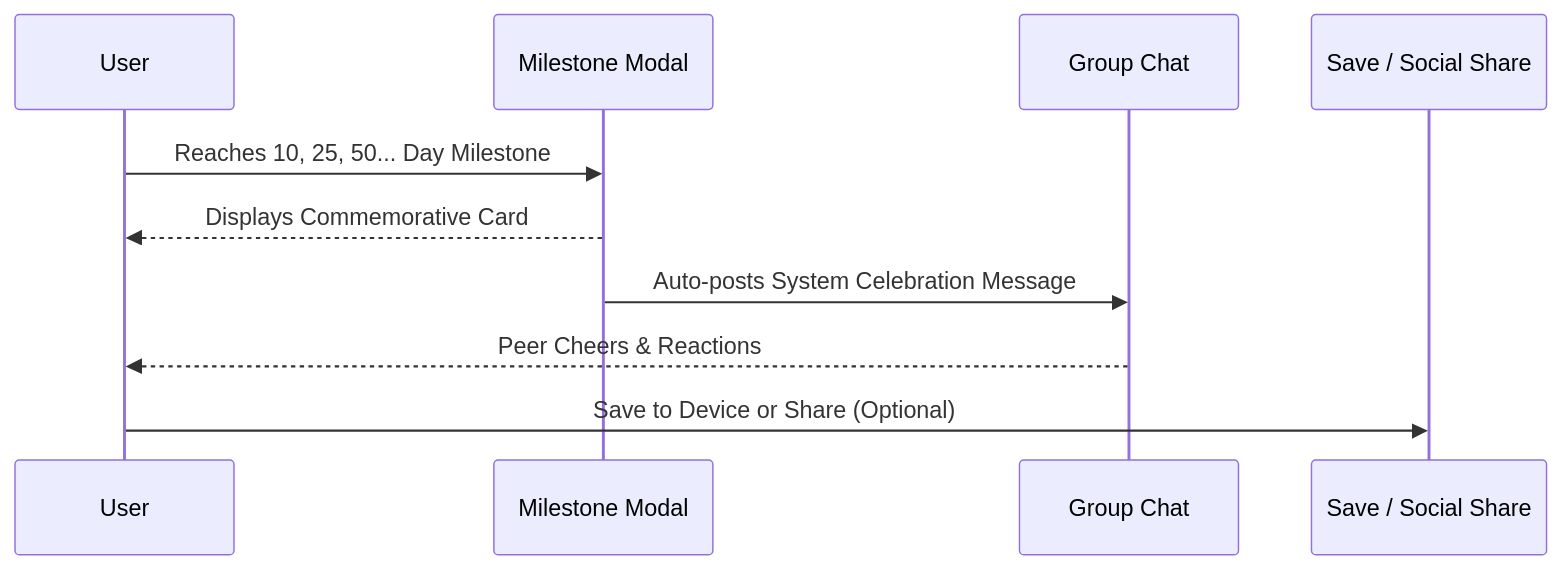
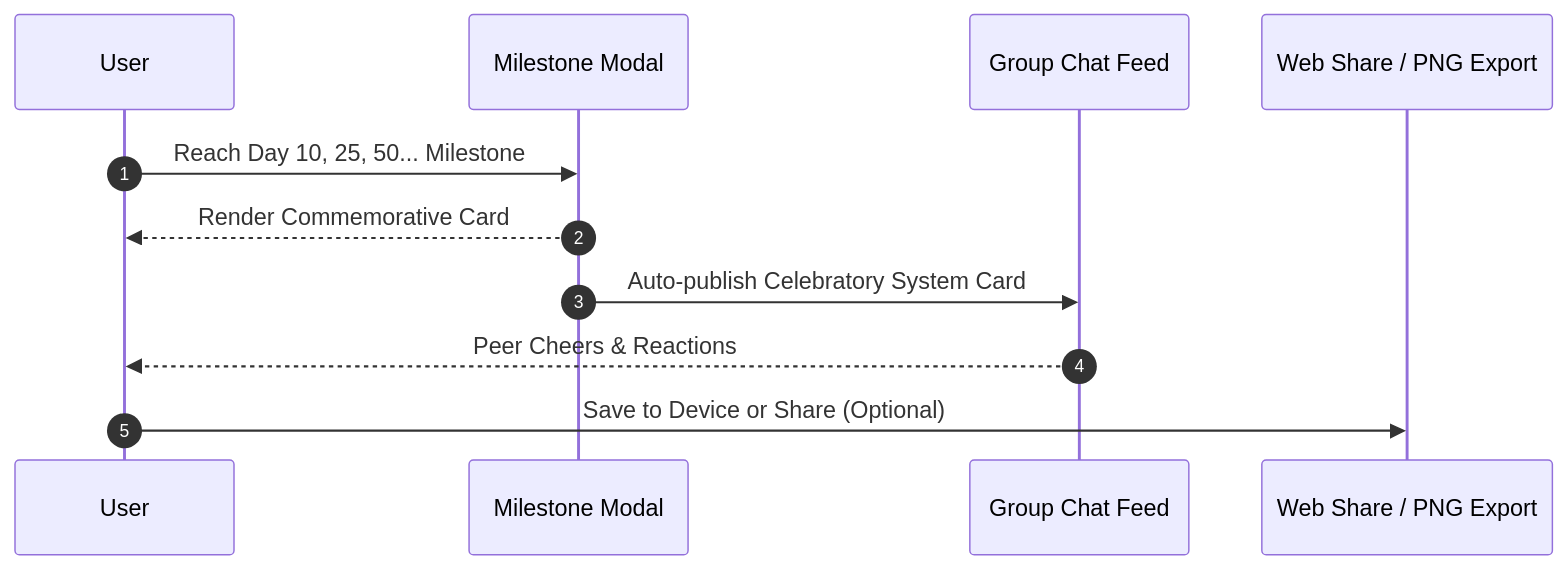
One commit to ScriptureHabit/scripture-habit changed the third of 3 diagrams in docs/logic-milestone-retention.md. Above: the diagram before and after it, drawn with Mermaid. The commit also changed other lines of this file and 57 other files, not shown here.

Commit message:
docs: refine documentation prose and add structured diagram breakdowns across JA and EN

````diff
--- a/docs/logic-milestone-retention.md
+++ b/docs/logic-milestone-retention.md
@@ -108,13 +105,14 @@
 ```mermaid
 sequenceDiagram
+    autonumber
     participant User as User
     participant Modal as Milestone Modal
-    participant Group as Group Chat
-    participant SNS as Save / Social Share
+    participant Group as Group Chat Feed
+    participant SNS as Web Share / PNG Export
 
-    User->>Modal: Reaches 10, 25, 50... Day Milestone
-    Modal-->>User: Displays Commemorative Card
-    Modal->>Group: Auto-posts System Celebration Message
+    User->>Modal: Reach Day 10, 25, 50... Milestone
+    Modal-->>User: Render Commemorative Card
+    Modal->>Group: Auto-publish Celebratory System Card
     Group-->>User: Peer Cheers & Reactions
     User->>SNS: Save to Device or Share (Optional)
 ```
````
